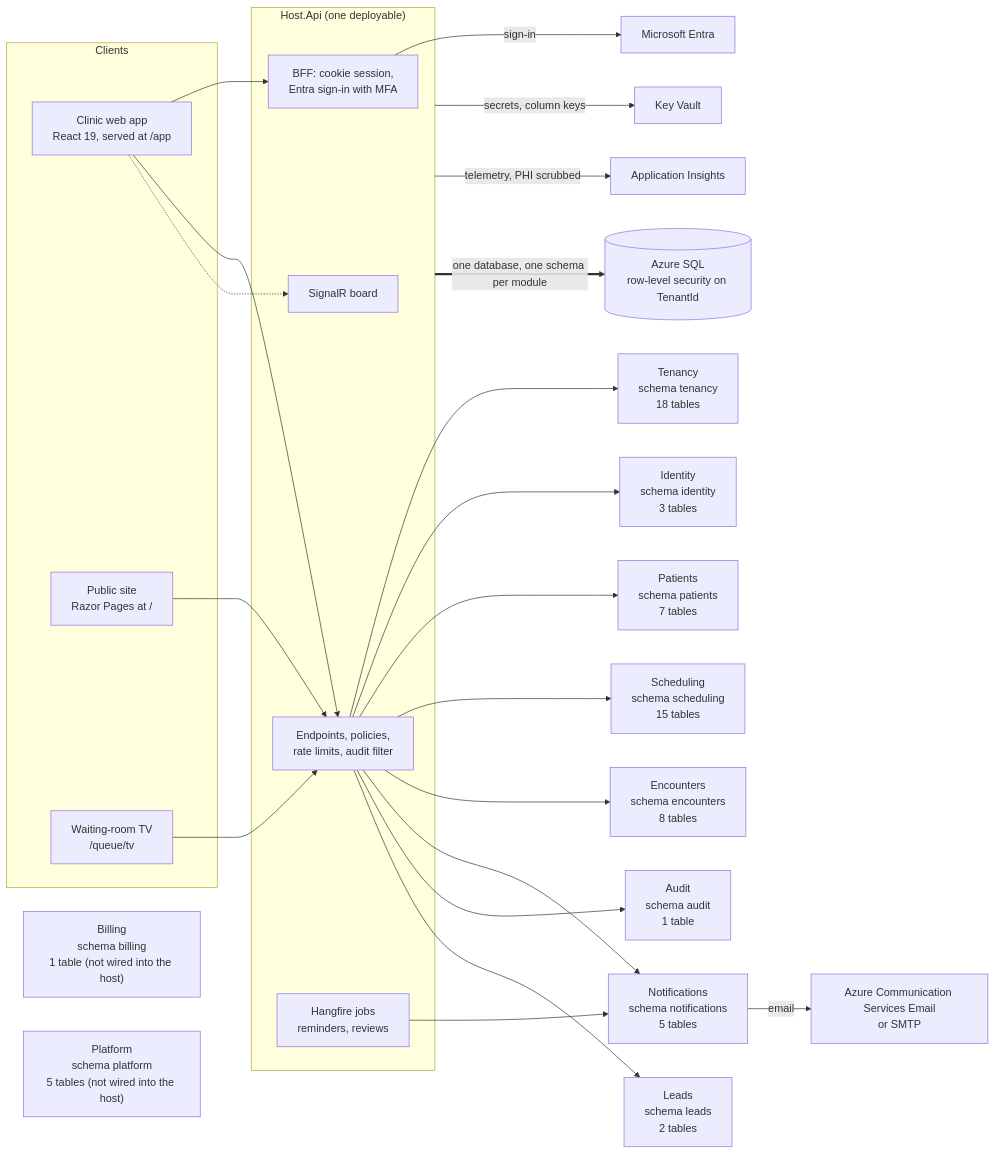
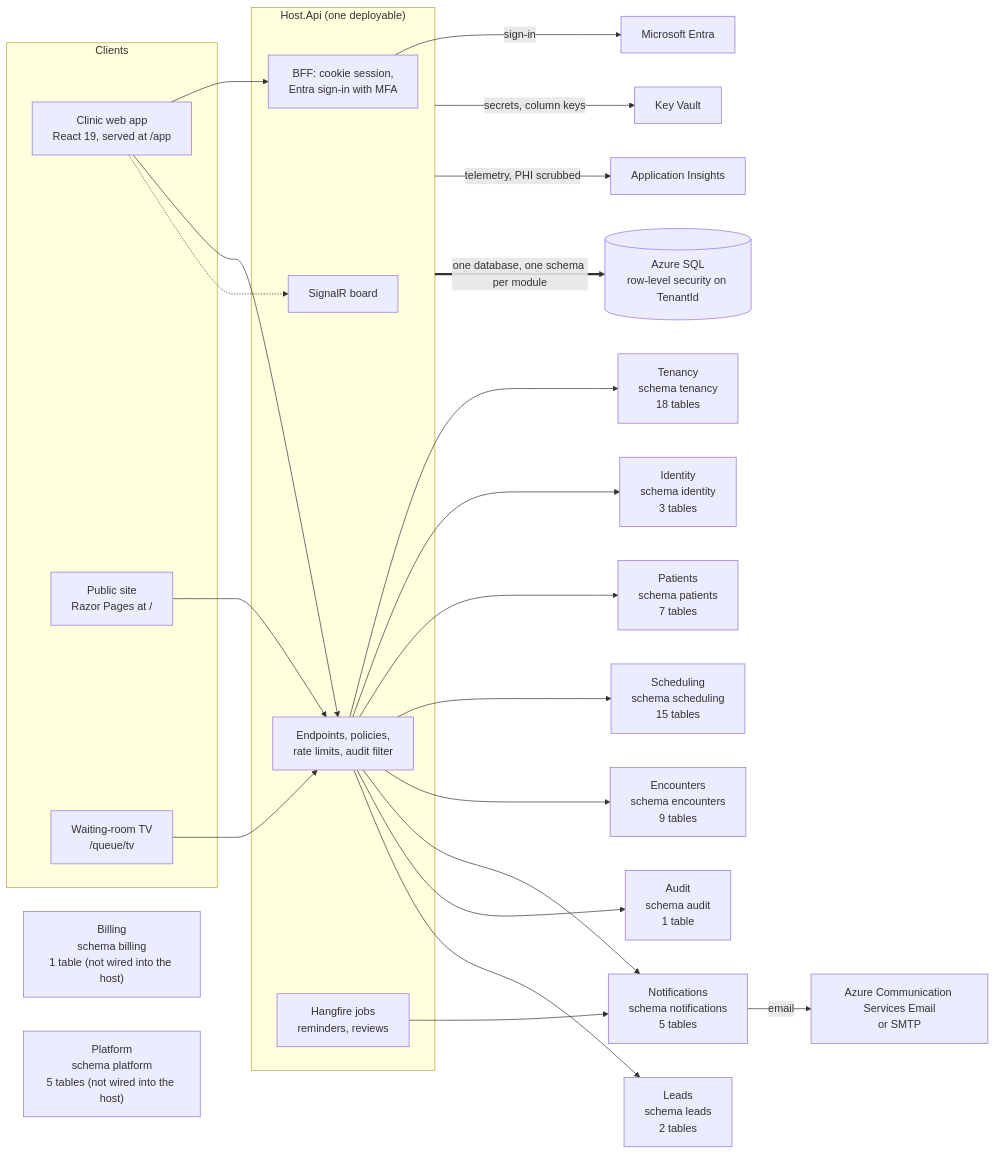
One commit to ALFRED-LUCIFER/medvya changed the first of 13 diagrams in docs/03-architecture/erd.md. Above: the diagram before and after it, drawn with Mermaid. The commit also changed other lines of this file and 15 other files, not shown here.

````diff
--- a/docs/03-architecture/erd.md
+++ b/docs/03-architecture/erd.md
@@ -15,35 +15,35 @@
 ```mermaid
 flowchart LR
   subgraph Clients
     web["Clinic web app<br/>React 19, served at /app"]
     site["Public site<br/>Razor Pages at /"]
     tv["Waiting-room TV<br/>/queue/tv"]
   end
   subgraph Host["Host.Api (one deployable)"]
     bff["BFF: cookie session,<br/>Entra sign-in with MFA"]
     api["Endpoints, policies,<br/>rate limits, audit filter"]
     hub["SignalR board"]
     jobs["Hangfire jobs<br/>reminders, reviews"]
   end
   web --> bff
   web --> api
   web -.-> hub
   tv --> api
   site --> api
   api --> Tenancy["Tenancy<br/>schema tenancy<br/>18 tables"]
   api --> Identity["Identity<br/>schema identity<br/>3 tables"]
   api --> Patients["Patients<br/>schema patients<br/>7 tables"]
   api --> Scheduling["Scheduling<br/>schema scheduling<br/>15 tables"]
-  api --> Encounters["Encounters<br/>schema encounters<br/>8 tables"]
+  api --> Encounters["Encounters<br/>schema encounters<br/>9 tables"]
   api --> Notifications["Notifications<br/>schema notifications<br/>5 tables"]
   api --> Audit["Audit<br/>schema audit<br/>1 table"]
   api --> Leads["Leads<br/>schema leads<br/>2 tables"]
   Billing["Billing<br/>schema billing<br/>1 table (not wired into the host)"]
   Platform["Platform<br/>schema platform<br/>5 tables (not wired into the host)"]
   jobs --> Notifications
   bff -->|"sign-in"| entra["Microsoft Entra"]
   Notifications -->|"email"| mail["Azure Communication Services Email<br/>or SMTP"]
   Host -->|"secrets, column keys"| kv["Key Vault"]
   Host -->|"telemetry, PHI scrubbed"| ai["Application Insights"]
   Host ==>|"one database, one schema per module"| sql[("Azure SQL<br/>row-level security on TenantId")]
 ```
````
